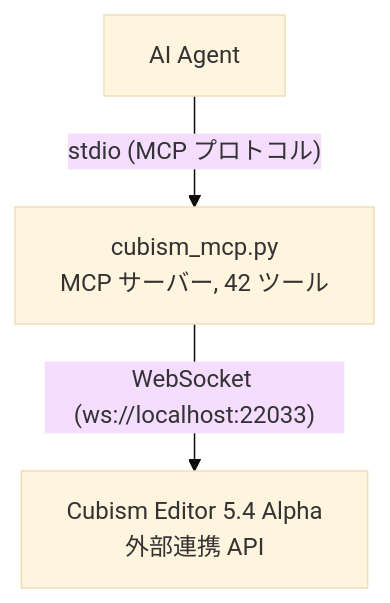
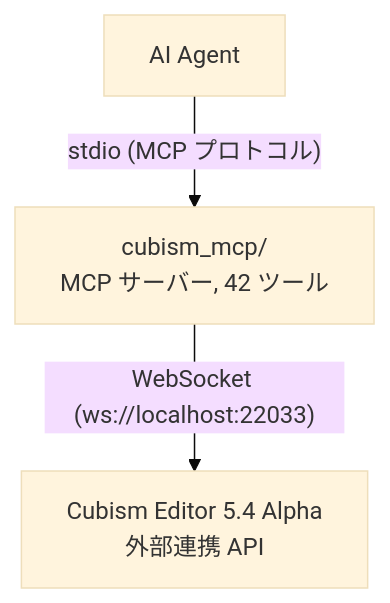
One commit to nana7chi/CubismExternalEditMCP changed the diagram in i18n/README_JA.md. Above: the diagram before and after it, drawn with Mermaid (base theme). The commit also changed other lines of this file and 19 other files, not shown here.

First line of the commit message:
refactor: split cubism_mcp.py into modular package

````diff
--- a/i18n/README_JA.md
+++ b/i18n/README_JA.md
@@ -20,9 +20,9 @@
 ```mermaid
 graph TD
     AI["AI Agent"]
-    MCP["cubism_mcp.py<br/>MCP サーバー, 42 ツール"]
+    MCP["cubism_mcp/<br/>MCP サーバー, 42 ツール"]
     Editor["Cubism Editor 5.4 Alpha<br/>外部連携 API"]
 
     AI -->|"stdio (MCP プロトコル)"| MCP
     MCP -->|"WebSocket (ws://localhost:22033)"| Editor
 ```
````
